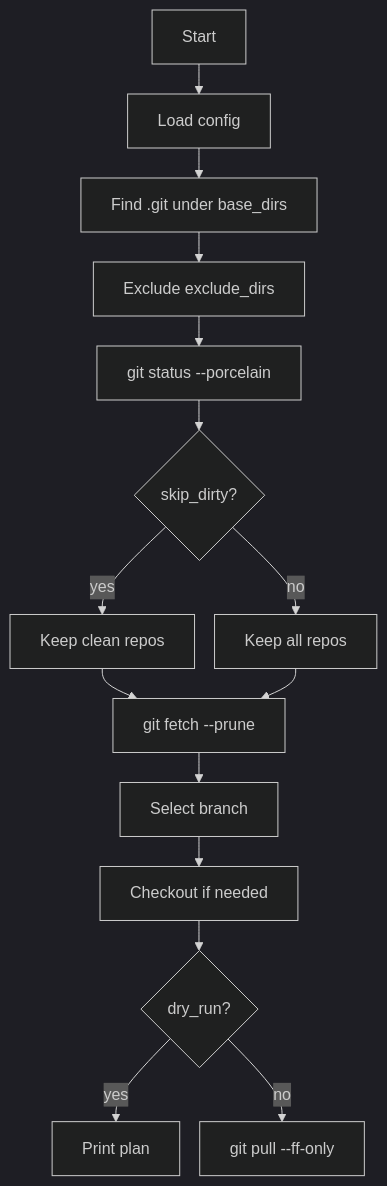
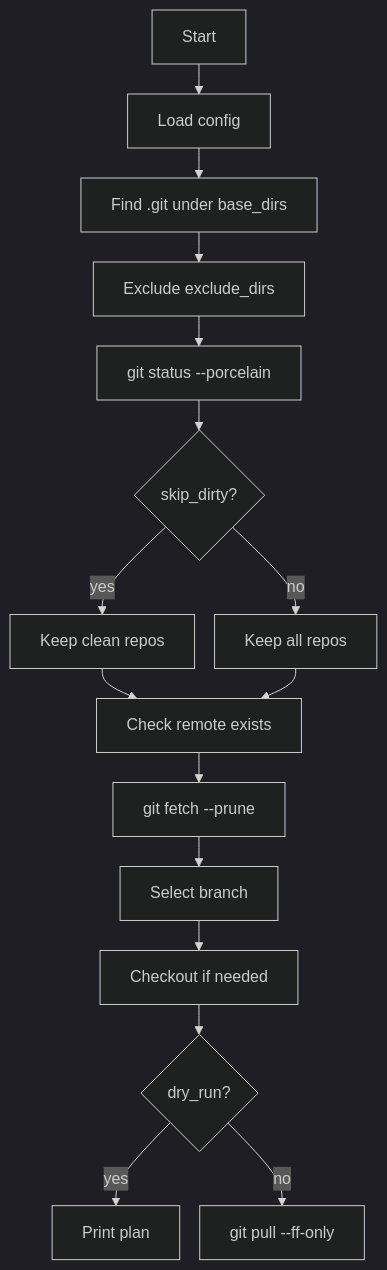
One commit to KSerg2022/myAnsible changed the diagram in README.de.md. Above: the diagram before and after it, drawn with Mermaid (dark theme). The commit also changed other lines of this file and 4 other files, not shown here.

````diff
--- a/README.de.md
+++ b/README.de.md
@@ -45,18 +46,19 @@
 ```mermaid
 %%{init: {'flowchart': {'nodeSpacing': 20, 'rankSpacing': 30}}}%%
 flowchart TD
   A[Start] --> B[Load config]
   B --> C[Find .git under base_dirs]
   C --> D[Exclude exclude_dirs]
   D --> E[git status --porcelain]
   E --> F{skip_dirty?}
   F -->|yes| G[Keep clean repos]
   F -->|no| H[Keep all repos]
-  G --> I[git fetch --prune <remote>]
-  H --> I
+  G --> R[Check remote exists]
+  H --> R
+  R --> I[git fetch --prune <remote>]
   I --> J[Select branch]
   J --> K[Checkout if needed]
   K --> L{dry_run?}
   L -->|yes| M[Print plan]
   L -->|no| N[git pull --ff-only]
 ```
````
